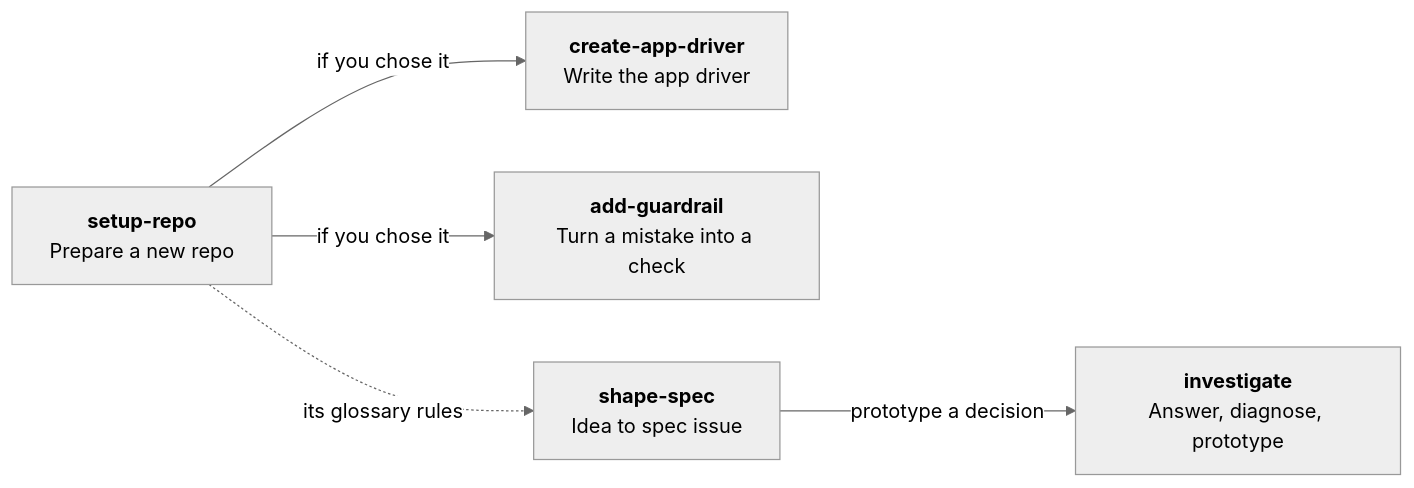
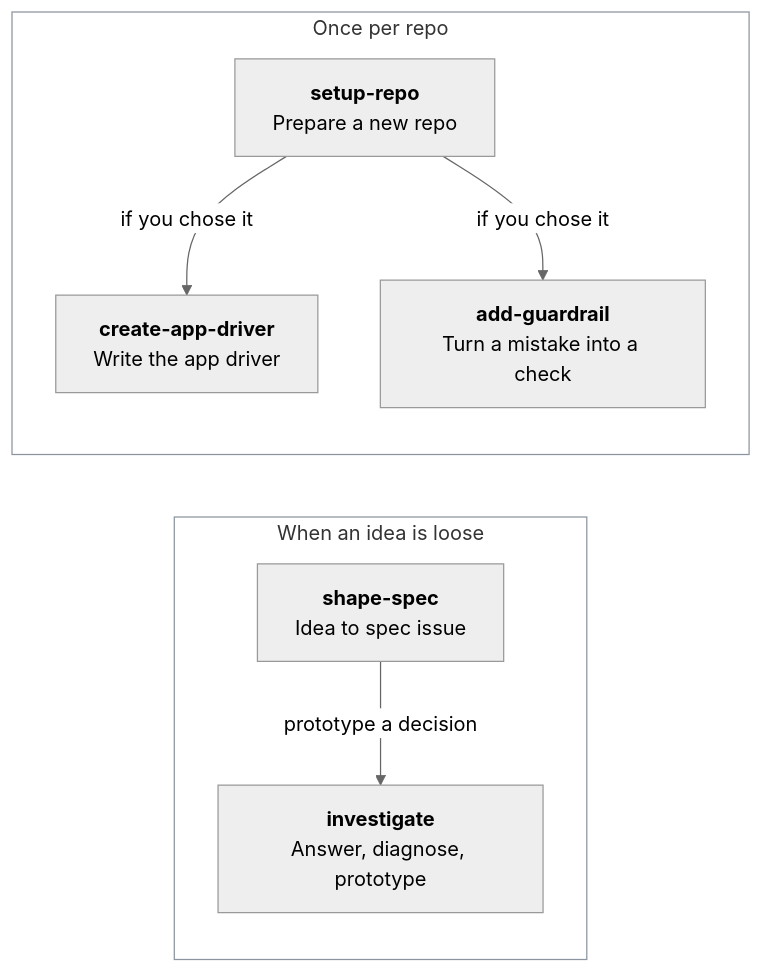
One commit to Ilian-Allaf/skillstack changed the fourth of 12 diagrams in skills/GRAPH.md. Above: the diagram before and after it, drawn with Mermaid (neutral theme). The commit also changed other lines of this file, not shown here.

First line of the commit message:
Make the skill graph readable at a glance

````diff
--- a/skills/GRAPH.md
+++ b/skills/GRAPH.md
@@ -65,13 +89,19 @@
 ```mermaid
 flowchart LR
-  setup["<b>setup-repo</b><br/>Prepare a new repo"]
-  driver["<b>create-app-driver</b><br/>Write the app driver"]
-  guard["<b>add-guardrail</b><br/>Turn a mistake into a check"]
-  shape["<b>shape-spec</b><br/>Idea to spec issue"]
-  investigate["<b>investigate</b><br/>Answer, diagnose, prototype"]
+  subgraph spec["When an idea is loose"]
+    shape["<b>shape-spec</b><br/>Idea to spec issue"]
+    investigate["<b>investigate</b><br/>Answer, diagnose, prototype"]
+  end
+  subgraph repo["Once per repo"]
+    setup["<b>setup-repo</b><br/>Prepare a new repo"]
+    driver["<b>create-app-driver</b><br/>Write the app driver"]
+    guard["<b>add-guardrail</b><br/>Turn a mistake into a check"]
+  end
 
   setup -->|if you chose it| driver
   setup -->|if you chose it| guard
-  setup -.->|its glossary rules| shape
   shape -->|prototype a decision| investigate
+
+  style repo fill:none,stroke:#8c959f
+  style spec fill:none,stroke:#8c959f
 ```
````
